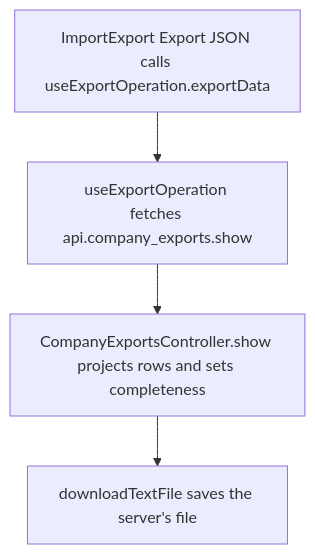
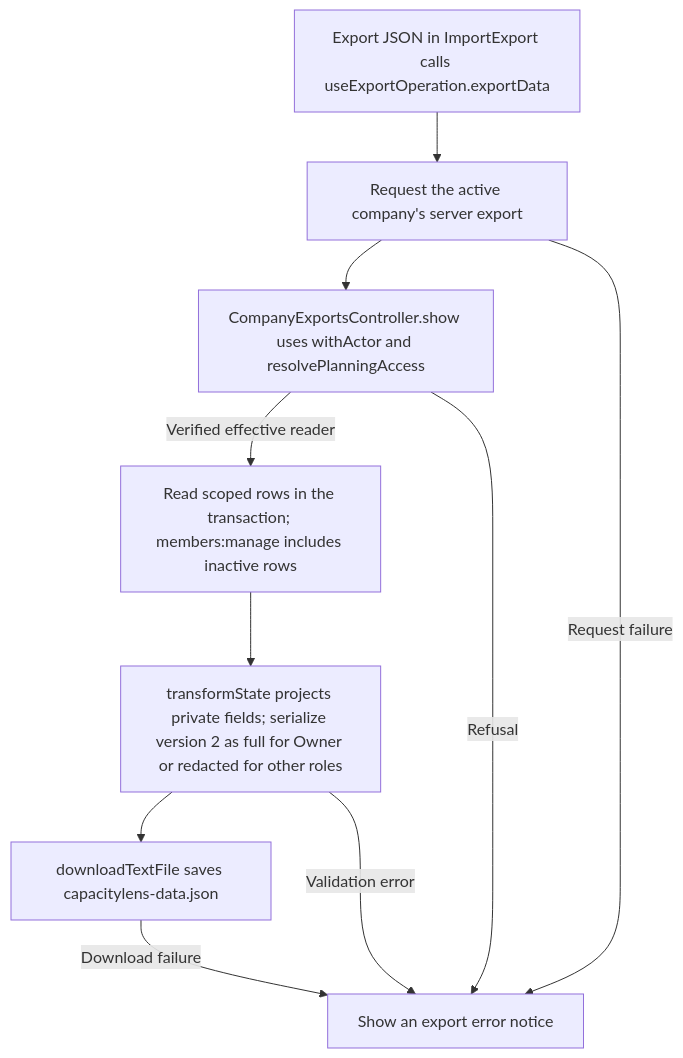
The second of 2 diagrams in user-stories/data/US-DAT-01-export-json.md (Kevinjohn/capacitylens), drawn with Mermaid before and after one commit. The commit also changed other lines of this file and 172 other files, not shown here.

Commit message:
docs: reconcile user story code flows with source

````diff
--- a/user-stories/data/US-DAT-01-export-json.md
+++ b/user-stories/data/US-DAT-01-export-json.md
@@ -28,6 +28,12 @@
 ```mermaid
 flowchart TD
-  button["ImportExport Export JSON calls useExportOperation.exportData"] --> fetch["useExportOperation fetches api.company_exports.show"]
-  fetch --> route["CompanyExportsController.show projects rows and sets completeness"]
-  route --> file["downloadTextFile saves the server's file"]
+  entry["Export JSON in ImportExport calls useExportOperation.exportData"] --> request["Request the active company's server export"]
+  request --> scope["CompanyExportsController.show uses withActor and resolvePlanningAccess"]
+  scope -->|Verified effective reader| read["Read scoped rows in the transaction; members:manage includes inactive rows"]
+  read --> exportDoc["transformState projects private fields; serialize version 2 as full for Owner or redacted for other roles"]
+  exportDoc --> download["downloadTextFile saves capacitylens-data.json"]
+  scope -->|Refusal| error["Show an export error notice"]
+  request -->|Request failure| error
+  exportDoc -->|Validation error| error
+  download -->|Download failure| error
 ```
````
